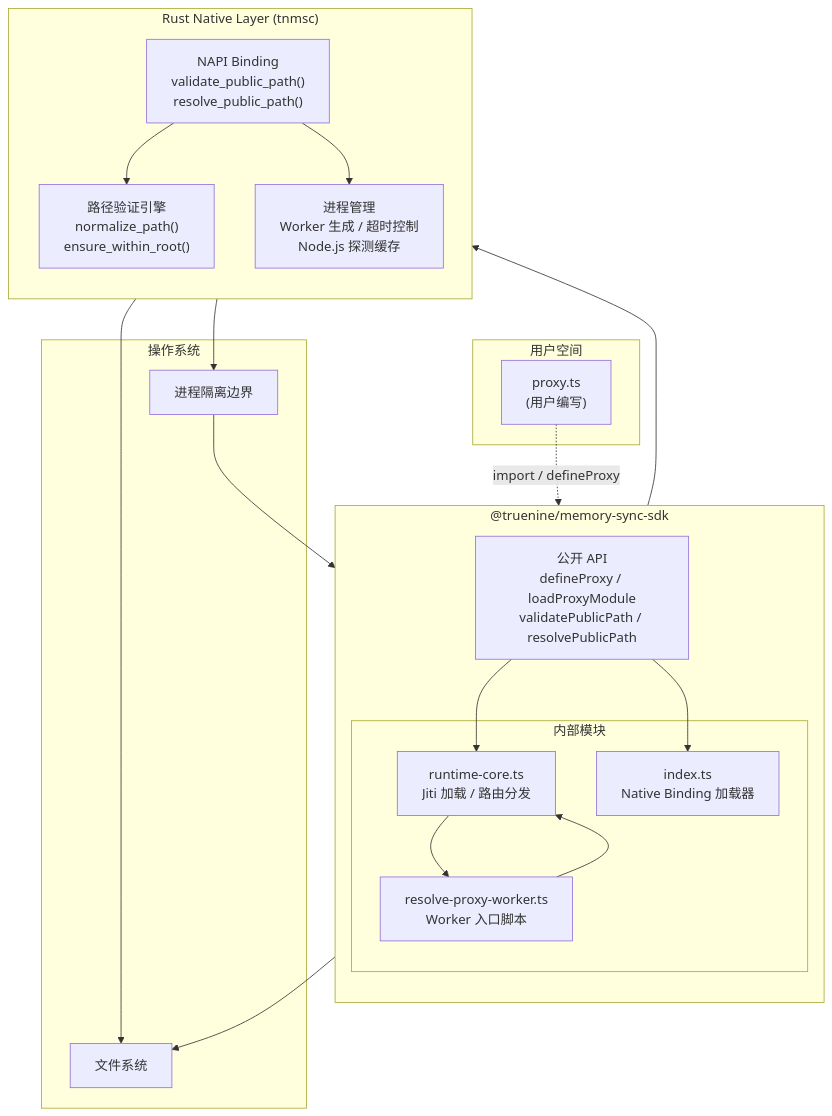
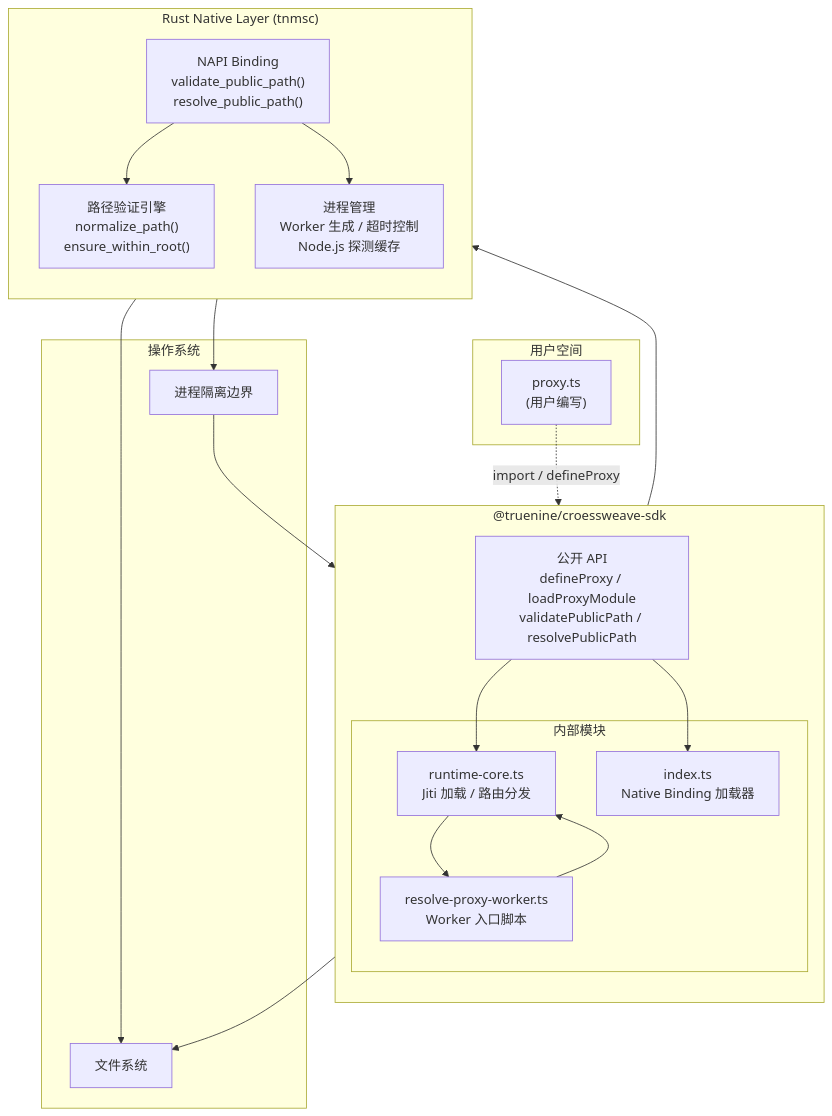
Before and after one commit to TrueNine/memory-sync: the sixth of 6 diagrams in doc/content/sdk/script-runtime/index.mdx, drawn with Mermaid. The commit also changed other lines of this file and 95 other files, not shown here.

First line of the commit message:
refactor: rename memory-sync to croessweave across the codebase

````diff
--- a/doc/content/sdk/script-runtime/index.mdx
+++ b/doc/content/sdk/script-runtime/index.mdx
@@ -988,42 +988,42 @@
 ```mermaid
 graph TB
     subgraph Userland["用户空间"]
         ProxyTS["proxy.ts<br/>(用户编写)"]
     end
 
-    subgraph ScriptRuntimeAPI["@truenine/memory-sync-sdk"]
+    subgraph ScriptRuntimeAPI["@truenine/croessweave-sdk"]
         direction TB
         PublicAPI["公开 API<br/>defineProxy / loadProxyModule<br/>validatePublicPath / resolvePublicPath"]
 
         subgraph Internal["内部模块"]
             Core["runtime-core.ts<br/>Jiti 加载 / 路由分发"]
             WorkerEntry["resolve-proxy-worker.ts<br/>Worker 入口脚本"]
             BindingLoader["index.ts<br/>Native Binding 加载器"]
         end
     end
 
     subgraph NativeLayer["Rust Native Layer (tnmsc)"]
         direction TB
         NAPIExport["NAPI Binding<br/>validate_public_path()<br/>resolve_public_path()"]
         PathValidator["路径验证引擎<br/>normalize_path()<br/>ensure_within_root()"]
         ProcessManager["进程管理<br/>Worker 生成 / 超时控制<br/>Node.js 探测缓存"]
     end
 
     subgraph OS["操作系统"]
         FileSystem["文件系统"]
         ProcessIsolation["进程隔离边界"]
     end
 
     ProxyTS -.->|"import / defineProxy"| PublicAPI
     PublicAPI --> Core
     PublicAPI --> BindingLoader
     Core --> WorkerEntry
     BindingLoader --> NAPIExport
     WorkerEntry --> Core
     NAPIExport --> PathValidator
     NAPIExport --> ProcessManager
     ProcessManager --> ProcessIsolation
     ProcessIsolation --> WorkerEntry
     PathValidator --> FileSystem
     Core --> FileSystem
 ```
````
